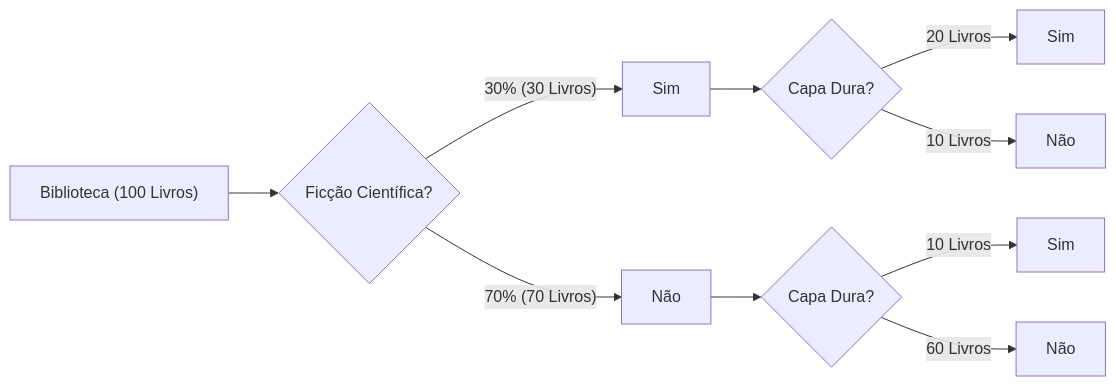
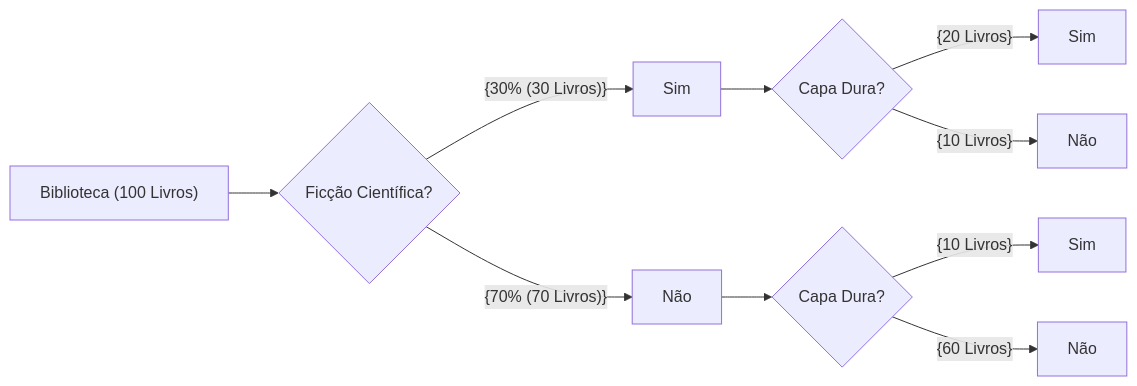
The diagram in turmas/estatistica/aulas/Probabilidade_Condicional_Independencia.md (Raingredi/RepositorioDeAulas), drawn with Mermaid before and after one commit.

```diff
--- a/turmas/estatistica/aulas/Probabilidade_Condicional_Independencia.md
+++ b/turmas/estatistica/aulas/Probabilidade_Condicional_Independencia.md
@@ -46,14 +46,14 @@
 <div class="mermaid">
-graph LR;
-    A["Biblioteca (100 Livros)"] --> B{"Ficção Científica?"};
-    B -- "30% (30 Livros)" --> C["Sim"];
-    B -- "70% (70 Livros)" --> D["Não"];
+graph LR
+    A["Biblioteca (100 Livros)"] --> B{"Ficção Científica?"}
+    B -- "{30% (30 Livros)}" --> C["Sim"]
+    B -- "{70% (70 Livros)}" --> D["Não"]
     
-    C --> E{"Capa Dura?"};
-    E -- "20 Livros" --> F["Sim"];
-    E -- "10 Livros" --> G["Não"];
+    C --> E{"Capa Dura?"}
+    E -- "{20 Livros}" --> F["Sim"]
+    E -- "{10 Livros}" --> G["Não"]
     
-    D --> H{"Capa Dura?"};
-    H -- "10 Livros" --> I["Sim"];
-    H -- "60 Livros" --> J["Não"];
+    D --> H{"Capa Dura?"}
+    H -- "{10 Livros}" --> I["Sim"]
+    H -- "{60 Livros}" --> J["Não"]
 </div>
```
